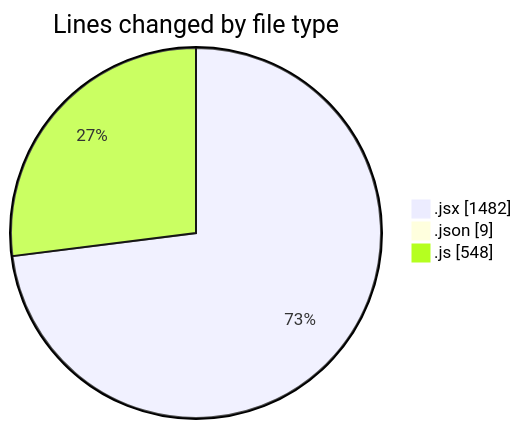
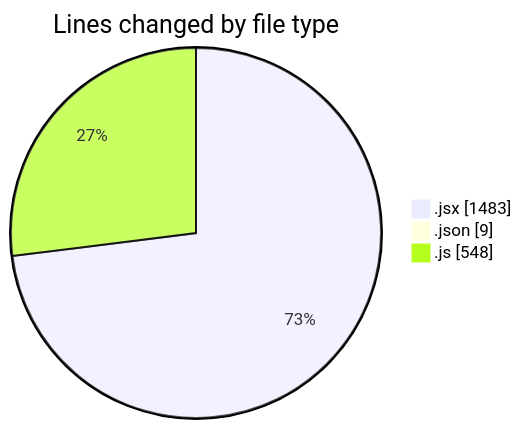
One commit to nxtqubesakshisongat/code-tracking changed the first of 2 diagrams in 2025-07-31/nxtqube_webapp/README.md. Above: the diagram before and after it, drawn with Mermaid. The commit also changed other lines of this file and 1 other file, not shown here.

````diff
--- a/2025-07-31/nxtqube_webapp/README.md
+++ b/2025-07-31/nxtqube_webapp/README.md
@@ -29,7 +29,7 @@
 ```mermaid
 pie showData
 title Lines changed by file type
-".jsx" : 1482
+".jsx" : 1483
 ".json" : 9
 ".js" : 548
 ```
````
